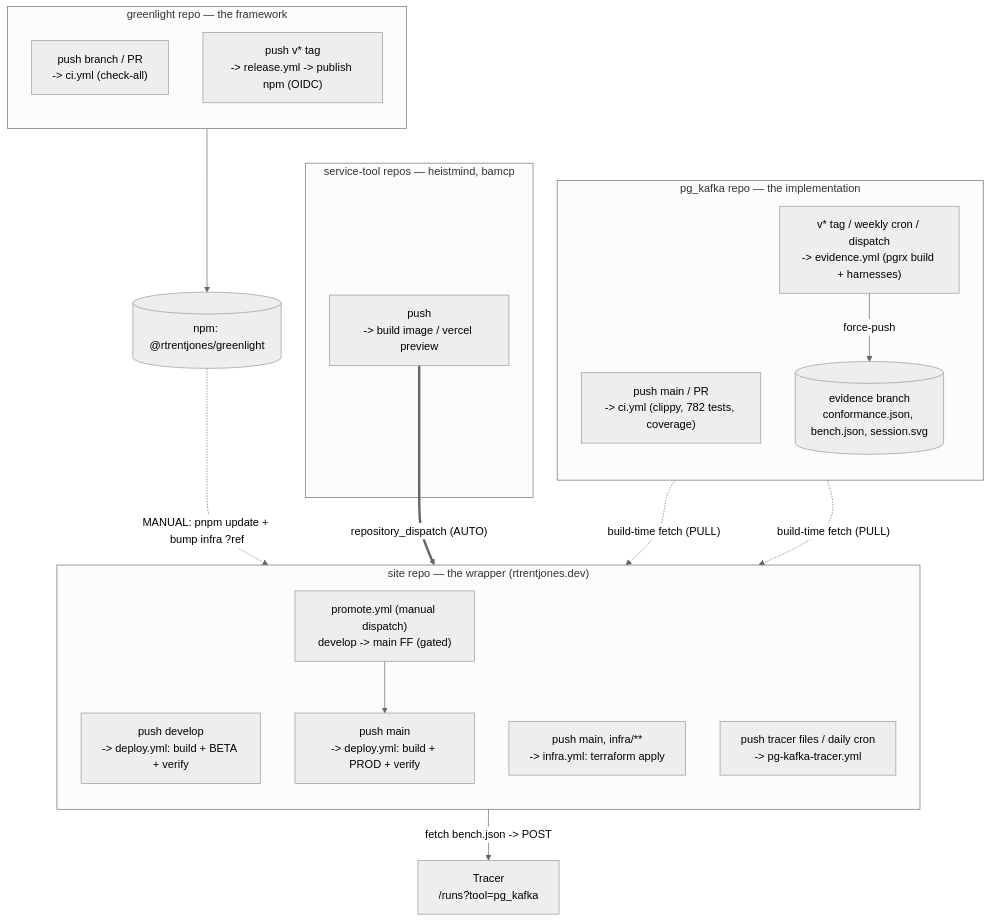
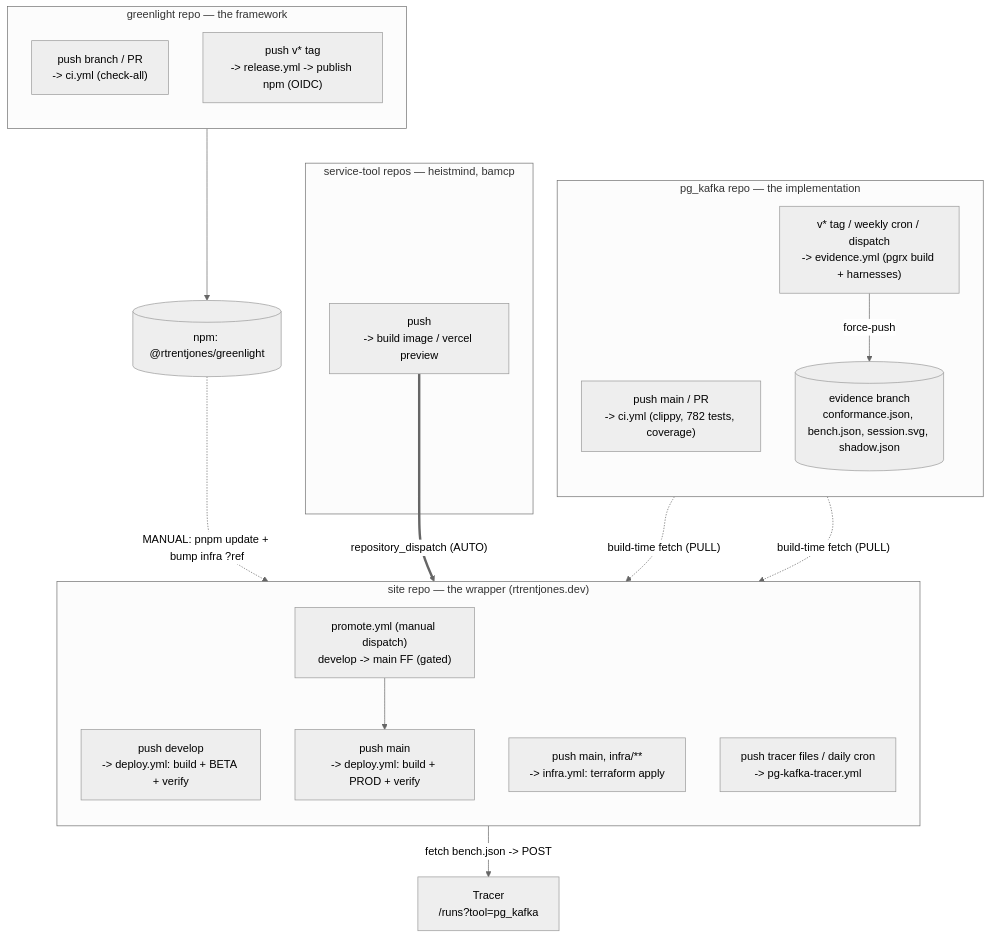
Before and after one commit to RTrentJones/RTrentJones.dev: the first of 2 diagrams in docs/ci-throughline.md, drawn with Mermaid (neutral theme). The commit also changed other lines of this file and 3 other files, not shown here.

First line of the commit message:
feat(blog): render pg_kafka shadow-forwarding evidence

````diff
--- a/docs/ci-throughline.md
+++ b/docs/ci-throughline.md
@@ -19,41 +19,41 @@
 ```mermaid
 flowchart TB
     subgraph GL["greenlight repo — the framework"]
         direction TB
         GLci["push branch / PR<br/>-> ci.yml (check-all)"]
         GLrel["push v* tag<br/>-> release.yml -> publish npm (OIDC)"]
     end
 
     subgraph PK["pg_kafka repo — the implementation"]
         direction TB
         PKci["push main / PR<br/>-> ci.yml (clippy, 782 tests, coverage)"]
         PKev["v* tag / weekly cron / dispatch<br/>-> evidence.yml (pgrx build + harnesses)"]
-        PKbr[("evidence branch<br/>conformance.json, bench.json, session.svg")]
+        PKbr[("evidence branch<br/>conformance.json, bench.json, session.svg, shadow.json")]
     end
 
     subgraph SITE["site repo — the wrapper (rtrentjones.dev)"]
         direction TB
         SDdev["push develop<br/>-> deploy.yml: build + BETA + verify"]
         SDmain["push main<br/>-> deploy.yml: build + PROD + verify"]
         SInfra["push main, infra/**<br/>-> infra.yml: terraform apply"]
         STracer["push tracer files / daily cron<br/>-> pg-kafka-tracer.yml"]
         SProm["promote.yml (manual dispatch)<br/>develop -> main FF (gated)"]
     end
 
     subgraph SVC["service-tool repos — heistmind, bamcp"]
         SVCpush["push<br/>-> build image / vercel preview"]
     end
 
     NPM[("npm: @rtrentjones/greenlight")]
     TRC["Tracer<br/>/runs?tool=pg_kafka"]
 
     GLrel --> NPM
     PKev -->|force-push| PKbr
 
     NPM -. "MANUAL: pnpm update + bump infra ?ref" .-> SDdev
     PKbr -. "build-time fetch (PULL)" .-> SDdev
     PKbr -. "build-time fetch (PULL)" .-> SDmain
     STracer -->|"fetch bench.json -> POST"| TRC
     SVCpush ==>|"repository_dispatch (AUTO)"| SDmain
     SProm --> SDmain
 ```
````
